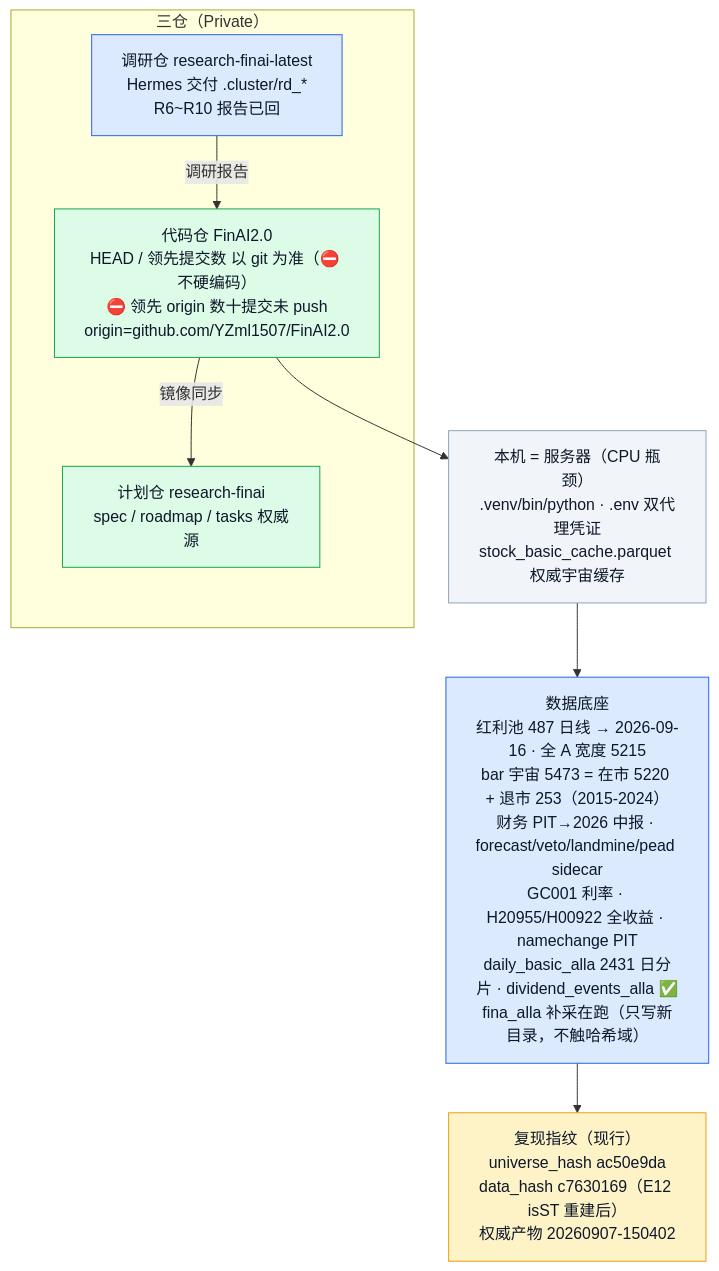
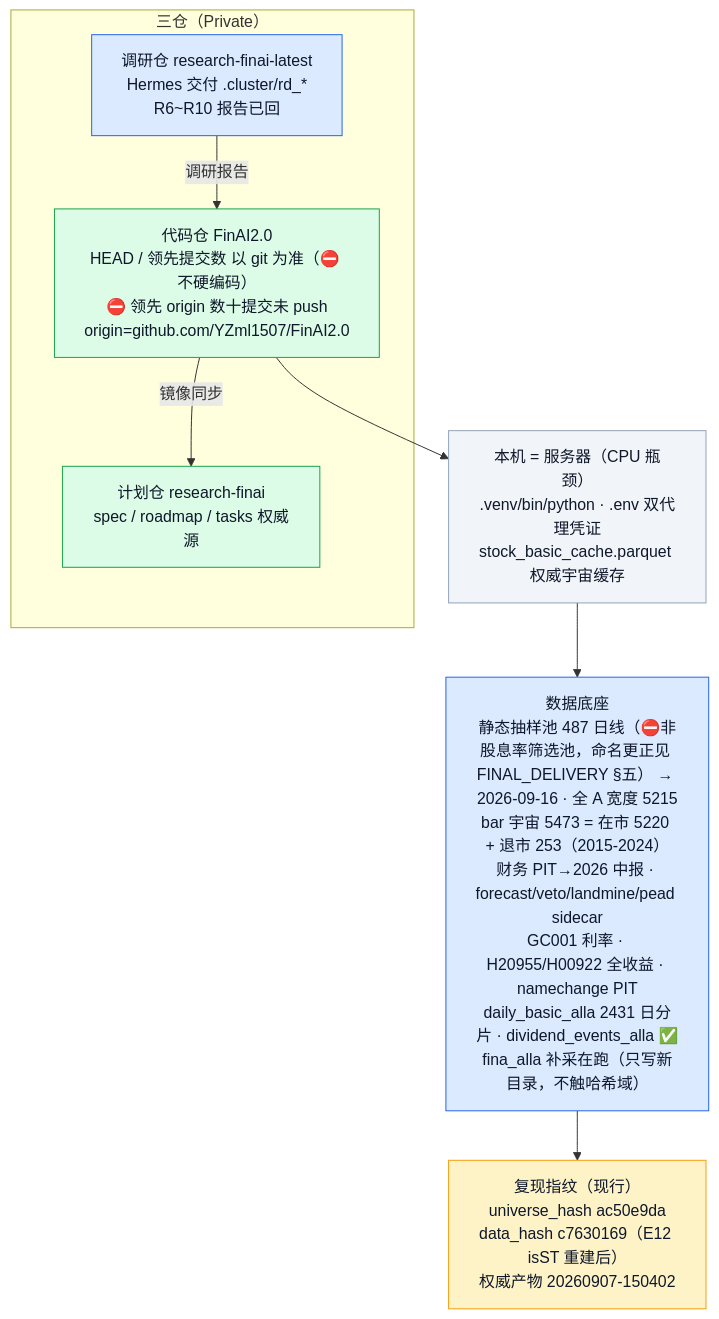
The first of 8 diagrams in docs/project_status_flowchart.md (YZml1507/FinAI2.0), drawn with Mermaid before and after one commit. The commit also changed 7 other files, not shown here.

Commit message:
文档更正：487 池实为全 A 等距抽样池（非 dv≥3% 筛选池）+ FINAL_DELIVERY §九登记 e22 立项评估（裁决不发车）

````diff
--- a/docs/project_status_flowchart.md
+++ b/docs/project_status_flowchart.md
@@ -13,20 +13,20 @@
 ```mermaid
 flowchart TD
   subgraph REPO["三仓（Private）"]
     F["代码仓 FinAI2.0<br/>HEAD / 领先提交数 以 git 为准（⛔ 不硬编码）<br/>⛔ 领先 origin 数十提交未 push<br/>origin=github.com/YZml1507/FinAI2.0"]
     R["计划仓 research-finai<br/>spec / roadmap / tasks 权威源"]
     H["调研仓 research-finai-latest<br/>Hermes 交付 .cluster/rd_*<br/>R6~R10 报告已回"]
   end
   F -->|镜像同步| R
   H -->|调研报告| F
   ENV["本机 = 服务器（CPU 瓶颈）<br/>.venv/bin/python · .env 双代理凭证<br/>stock_basic_cache.parquet 权威宇宙缓存"]
-  DATA["数据底座<br/>红利池 487 日线 → 2026-09-16 · 全 A 宽度 5215<br/>bar 宇宙 5473 = 在市 5220 + 退市 253（2015-2024）<br/>财务 PIT→2026 中报 · forecast/veto/landmine/pead sidecar<br/>GC001 利率 · H20955/H00922 全收益 · namechange PIT<br/>daily_basic_alla 2431 日分片 · dividend_events_alla ✅<br/>fina_alla 补采在跑（只写新目录，不触哈希域）"]
+  DATA["数据底座<br/>静态抽样池 487 日线（⛔非股息率筛选池，命名更正见 FINAL_DELIVERY §五） → 2026-09-16 · 全 A 宽度 5215<br/>bar 宇宙 5473 = 在市 5220 + 退市 253（2015-2024）<br/>财务 PIT→2026 中报 · forecast/veto/landmine/pead sidecar<br/>GC001 利率 · H20955/H00922 全收益 · namechange PIT<br/>daily_basic_alla 2431 日分片 · dividend_events_alla ✅<br/>fina_alla 补采在跑（只写新目录，不触哈希域）"]
   FP["复现指纹（现行）<br/>universe_hash ac50e9da<br/>data_hash c7630169（E12 isST 重建后）<br/>权威产物 20260907-150402"]
   F --> ENV --> DATA --> FP
   style F fill:#dcfce7,stroke:#16a34a,color:#0f172a
   style R fill:#dcfce7,stroke:#16a34a,color:#0f172a
   style H fill:#dbeafe,stroke:#2563eb,color:#0f172a
   style ENV fill:#f1f5f9,stroke:#94a3b8,color:#0f172a
   style DATA fill:#dbeafe,stroke:#2563eb,color:#0f172a
   style FP fill:#fef3c7,stroke:#f59e0b,color:#0f172a
 ```
````
